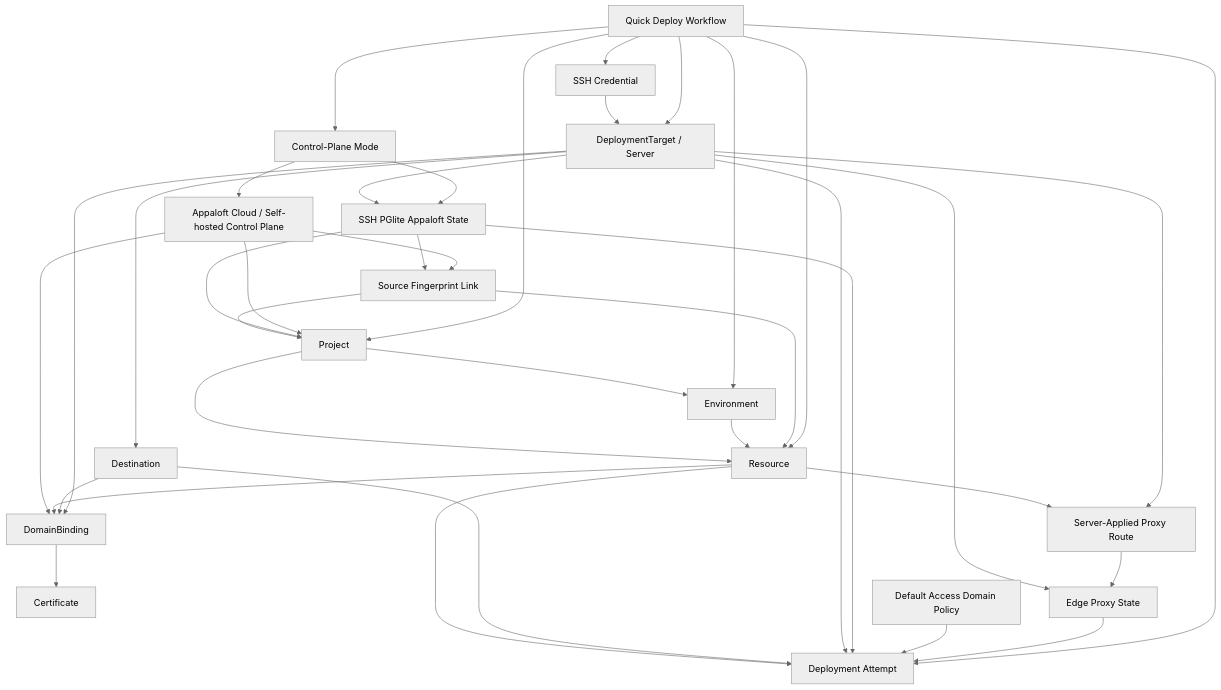
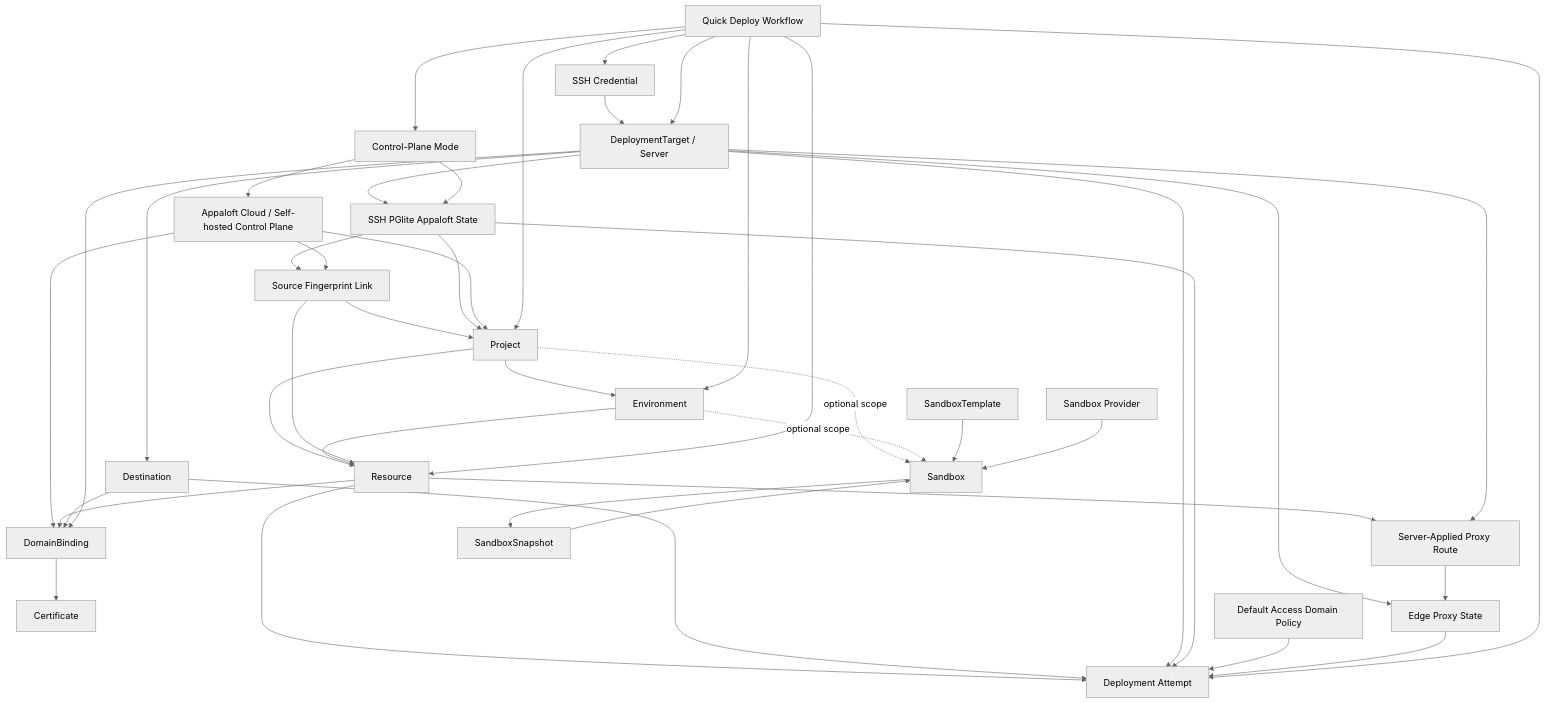
The diagram in docs/BUSINESS_OPERATION_MAP.md (appaloft/appaloft), drawn with Mermaid (neutral theme) before and after one commit. The commit also changed other lines of this file and 73 other files, not shown here.

````diff
--- a/docs/BUSINESS_OPERATION_MAP.md
+++ b/docs/BUSINESS_OPERATION_MAP.md
@@ -123,57 +123,67 @@
 ```mermaid
 flowchart TD
   Project["Project"]
   Environment["Environment"]
   Resource["Resource"]
   Target["DeploymentTarget / Server"]
   Credential["SSH Credential"]
   Destination["Destination"]
   Deployment["Deployment Attempt"]
   DomainBinding["DomainBinding"]
   Certificate["Certificate"]
   AccessPolicy["Default Access Domain Policy"]
   Proxy["Edge Proxy State"]
   RemoteState["SSH PGlite Appaloft State"]
   SourceLink["Source Fingerprint Link"]
   ServerRoute["Server-Applied Proxy Route"]
   ControlPlane["Control-Plane Mode"]
   Cloud["Appaloft Cloud / Self-hosted Control Plane"]
+  SandboxTemplate["SandboxTemplate"]
+  Sandbox["Sandbox"]
+  SandboxSnapshot["SandboxSnapshot"]
+  SandboxProvider["Sandbox Provider"]
 
   Project --> Environment
   Project --> Resource
   Environment --> Resource
   Resource --> Deployment
   Target --> Destination
   Credential --> Target
   Destination --> Deployment
   Target --> Deployment
   Target --> Proxy
   Target --> RemoteState
   RemoteState --> SourceLink
   SourceLink --> Project
   SourceLink --> Resource
   RemoteState --> Project
   RemoteState --> Deployment
   AccessPolicy --> Deployment
   Proxy --> Deployment
   Resource --> ServerRoute
   Target --> ServerRoute
   ServerRoute --> Proxy
   ControlPlane --> RemoteState
   ControlPlane --> Cloud
   Cloud --> Project
   Cloud --> SourceLink
   Cloud --> DomainBinding
   Resource --> DomainBinding
   Destination --> DomainBinding
   Target --> DomainBinding
   DomainBinding --> Certificate
+  Project -. optional scope .-> Sandbox
+  Environment -. optional scope .-> Sandbox
+  SandboxTemplate --> Sandbox
+  SandboxSnapshot --> Sandbox
+  Sandbox --> SandboxSnapshot
+  SandboxProvider --> Sandbox
 
   QuickDeploy["Quick Deploy Workflow"] --> Project
   QuickDeploy --> Environment
   QuickDeploy --> Target
   QuickDeploy --> Credential
   QuickDeploy --> Resource
   QuickDeploy --> Deployment
   QuickDeploy --> ControlPlane
 ```
````
